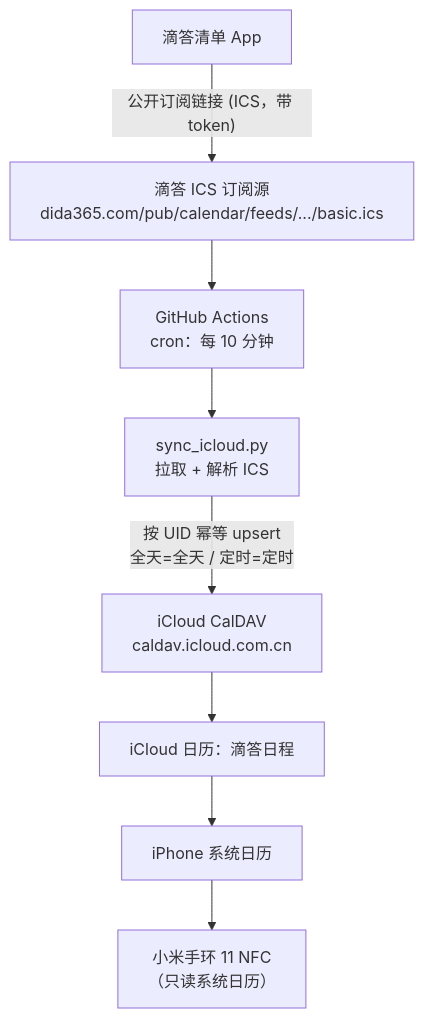
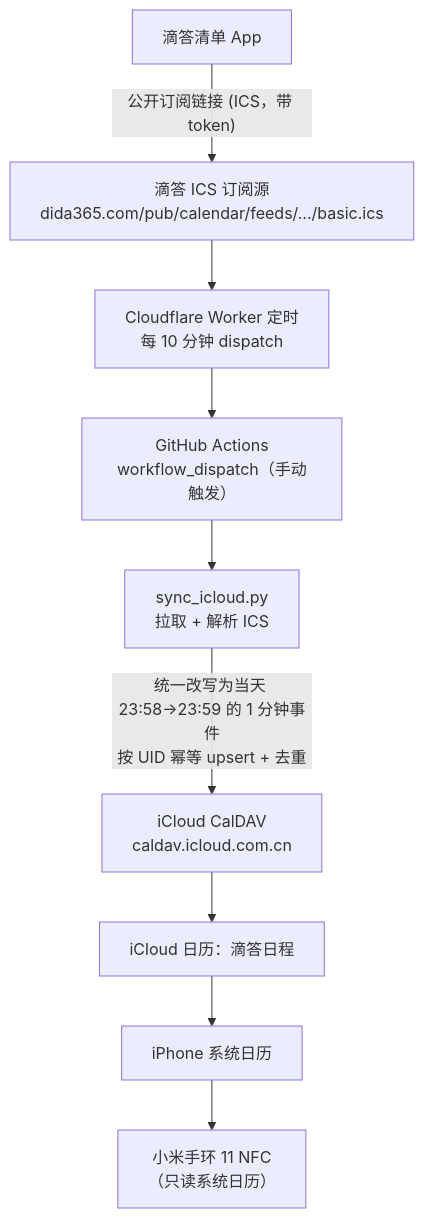
Before and after one commit to chenjiarui123/dida-ics-sync: the first of 2 diagrams in README.md, drawn with Mermaid. The commit also changed other lines of this file and 2 other files, not shown here.

Commit message:
fix: unify all events to 23:58-23:59 (today all-day was hidden) + dedupe before upsert

````diff
--- a/README.md
+++ b/README.md
@@ -11,10 +11,11 @@
 ```mermaid
 flowchart TD
     A["滴答清单 App"] -->|"公开订阅链接 (ICS，带 token)"| B["滴答 ICS 订阅源<br/>dida365.com/pub/calendar/feeds/.../basic.ics"]
-    B --> C["GitHub Actions<br/>cron：每 10 分钟"]
-    C --> D["sync_icloud.py<br/>拉取 + 解析 ICS"]
-    D -->|"按 UID 幂等 upsert<br/>全天=全天 / 定时=定时"| E["iCloud CalDAV<br/>caldav.icloud.com.cn"]
+    B --> C["Cloudflare Worker 定时<br/>每 10 分钟 dispatch"]
+    C --> CA["GitHub Actions<br/>workflow_dispatch（手动触发）"]
+    CA --> D["sync_icloud.py<br/>拉取 + 解析 ICS"]
+    D -->|"统一改写为当天 23:58→23:59 的 1 分钟事件<br/>按 UID 幂等 upsert + 去重"| E["iCloud CalDAV<br/>caldav.icloud.com.cn"]
     E --> F["iCloud 日历：滴答日程"]
     F --> G["iPhone 系统日历"]
     G --> H["小米手环 11 NFC<br/>（只读系统日历）"]
 ```
````
